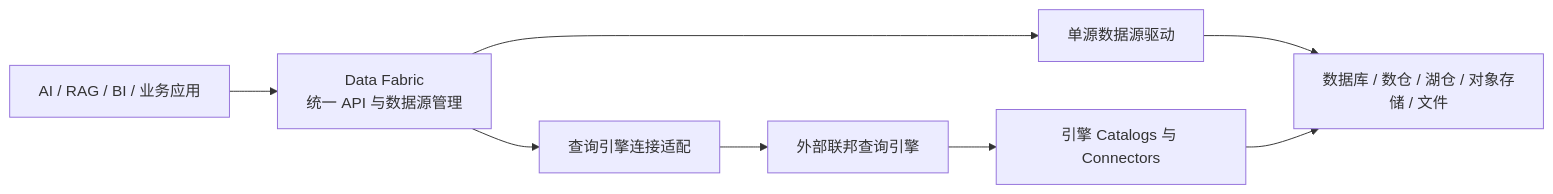
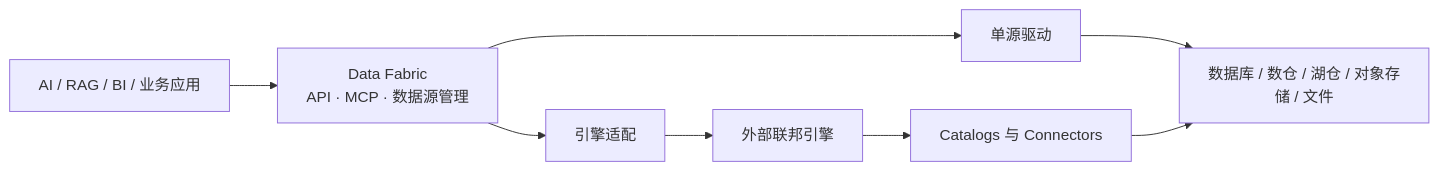
One commit to RhinoLink-Tech/data-fabric changed the diagram in README_zh.md. Above: the diagram before and after it, drawn with Mermaid. The commit also changed other lines of this file and 1 other file, not shown here.

First line of the commit message:
docs: rewrite README homepage for faster AI/MCP discovery

````diff
--- a/README_zh.md
+++ b/README_zh.md
@@ -55,10 +50,10 @@
-~~~mermaid
+```mermaid
 flowchart LR
-    App[AI / RAG / BI / 业务应用] --> Gateway[Data Fabric<br/>统一 API 与数据源管理]
-    Gateway --> Drivers[单源数据源驱动]
+    App[AI / RAG / BI / 业务应用] --> Gateway[Data Fabric<br/>API · MCP · 数据源管理]
+    Gateway --> Drivers[单源驱动]
     Drivers --> Sources[数据库 / 数仓 / 湖仓 / 对象存储 / 文件]
-    Gateway --> Adapter[查询引擎连接适配]
-    Adapter --> Engine[外部联邦查询引擎]
-    Engine --> Catalogs[引擎 Catalogs 与 Connectors]
+    Gateway --> Adapter[引擎适配]
+    Adapter --> Engine[外部联邦引擎]
+    Engine --> Catalogs[Catalogs 与 Connectors]
     Catalogs --> Sources
-~~~
+```
````
